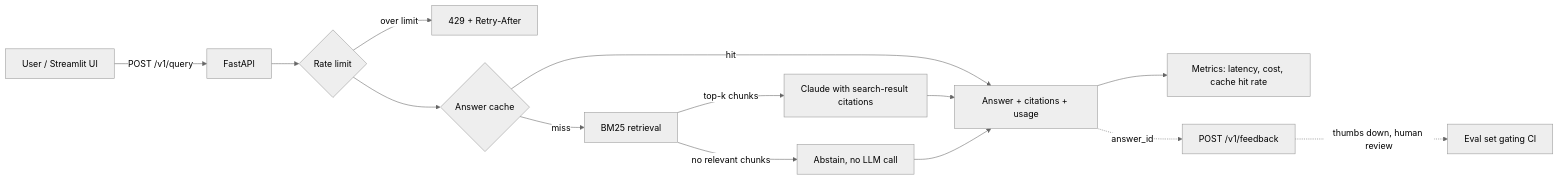
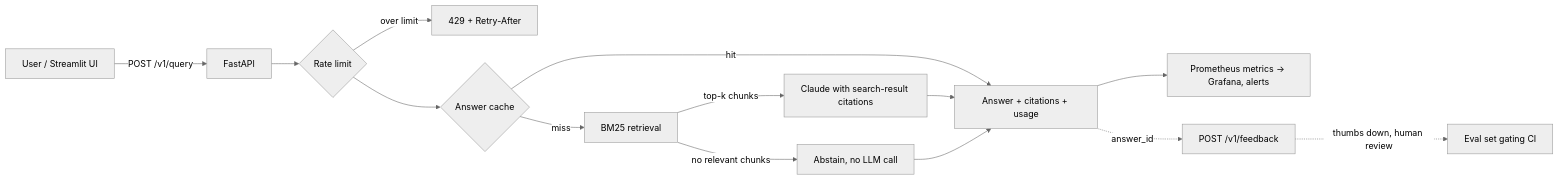
Before and after one commit to tsriharsha402/production-rag-service: the diagram in README.md, drawn with Mermaid (neutral theme). The commit also changed other lines of this file and 18 other files, not shown here.

First line of the commit message:
Add Prometheus metrics, a Grafana dashboard and tested alert rules

````diff
--- a/README.md
+++ b/README.md
@@ -27,16 +27,16 @@
 ```mermaid
 flowchart LR
     U[User / Streamlit UI] -->|POST /v1/query| API[FastAPI]
     API --> RL{Rate limit}
     RL -->|over limit| R429[429 + Retry-After]
     RL --> C{Answer cache}
     C -->|hit| OUT[Answer + citations + usage]
     C -->|miss| RET[BM25 retrieval]
     RET -->|no relevant chunks| ABS[Abstain, no LLM call]
     RET -->|top-k chunks| LLM[Claude with search-result citations]
     LLM --> OUT
     ABS --> OUT
-    OUT --> M[Metrics: latency, cost, cache hit rate]
+    OUT --> M[Prometheus metrics → Grafana, alerts]
     OUT -.->|answer_id| FB[POST /v1/feedback]
     FB -.->|thumbs down, human review| EV[Eval set gating CI]
 ```
````
